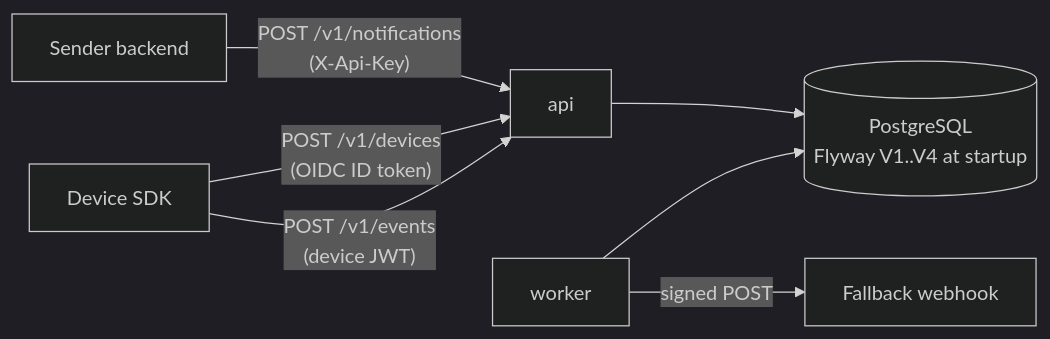
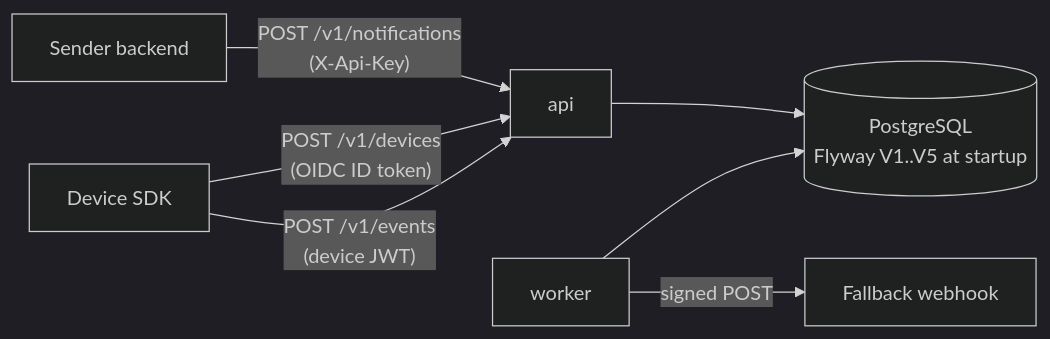
Before and after one commit to valentirob/reliable-push: the first of 2 diagrams in docs/architecture.md, drawn with Mermaid (dark theme). The commit also changed 5 other files, not shown here.

````diff
--- a/docs/architecture.md
+++ b/docs/architecture.md
@@ -21,9 +21,9 @@
 ```mermaid
 flowchart LR
   SB["Sender backend"] -- "POST /v1/notifications<br/>(X-Api-Key)" --> API["api"]
   SDK["Device SDK"] -- "POST /v1/devices<br/>(OIDC ID token)" --> API
   SDK -- "POST /v1/events<br/>(device JWT)" --> API
-  API --> DB[("PostgreSQL<br/>Flyway V1..V4 at startup")]
+  API --> DB[("PostgreSQL<br/>Flyway V1..V5 at startup")]
   WRK["worker"] --> DB
   WRK -- "signed POST" --> FW["Fallback webhook"]
 ```
````
